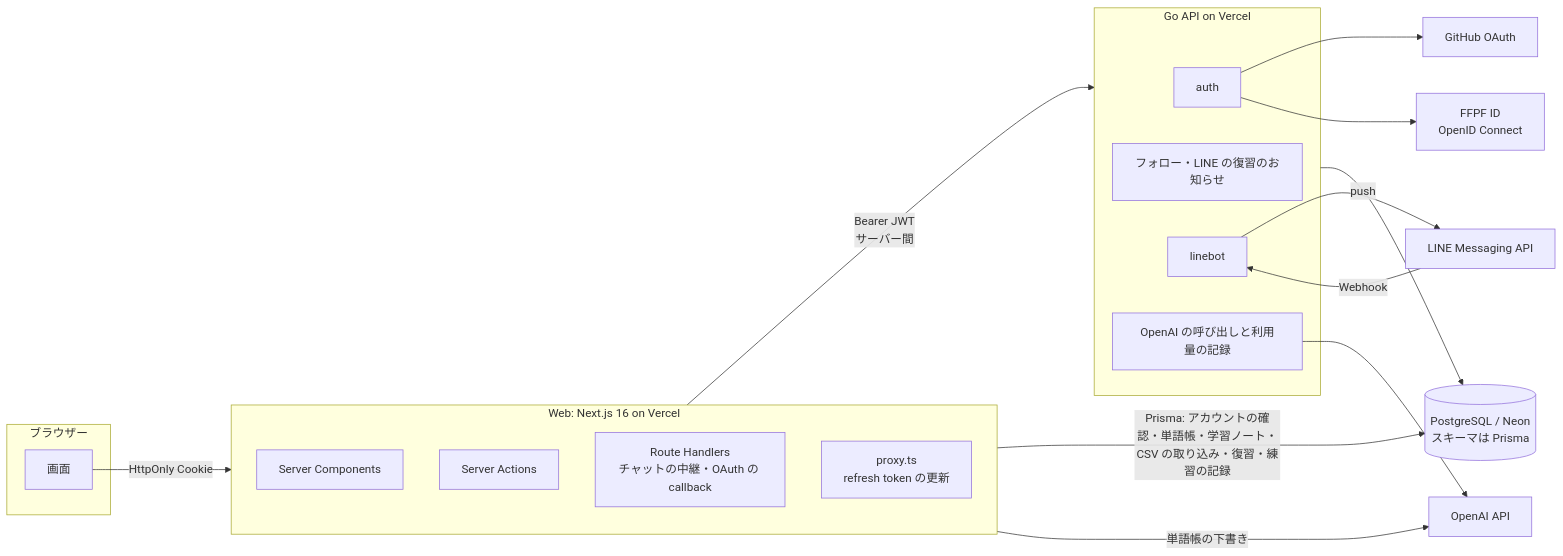
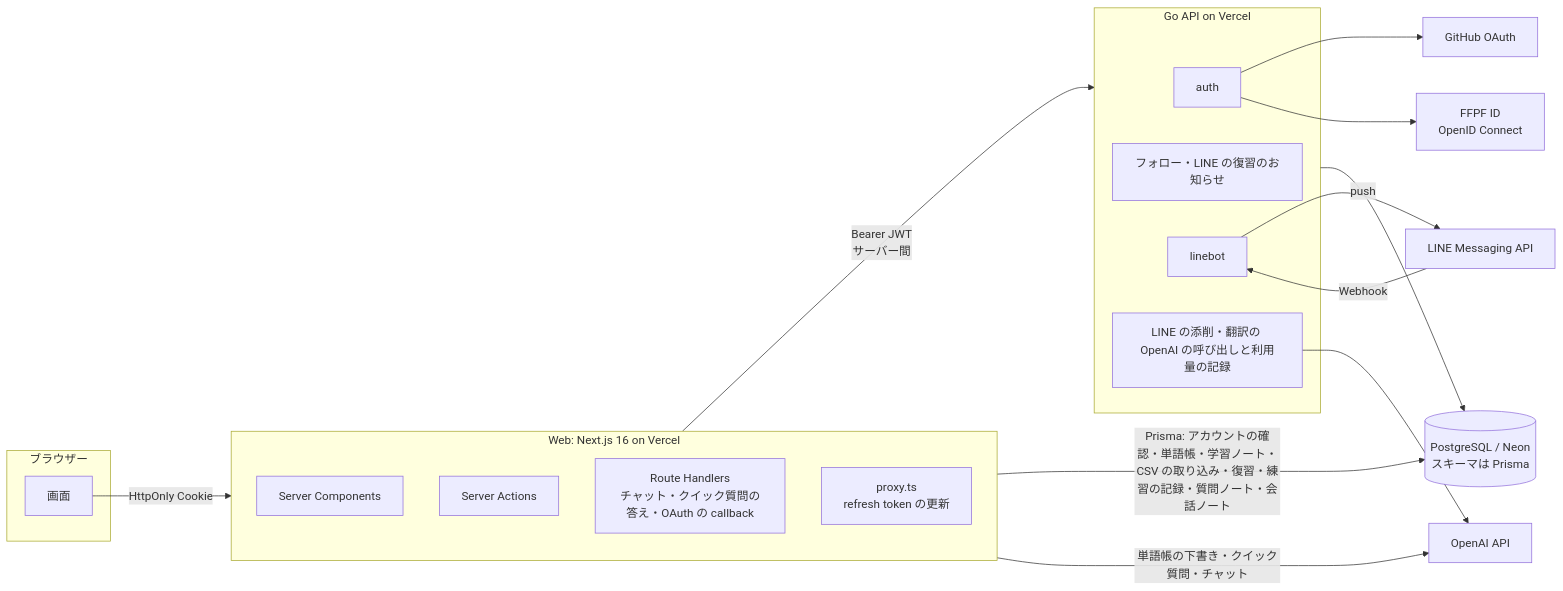
Before and after one commit to Sparklingstadt/ffpf-zhuelog: the first of 2 diagrams in docs/architecture.md, drawn with Mermaid. The commit also changed other lines of this file and 76 other files, not shown here.

````diff
--- a/docs/architecture.md
+++ b/docs/architecture.md
@@ -7,34 +7,34 @@
 ```mermaid
 flowchart LR
   subgraph Browser[ブラウザー]
     UI[画面]
   end
   subgraph Web[Web: Next.js 16 on Vercel]
     RSC[Server Components]
     SA[Server Actions]
-    RH[Route Handlers<br/>チャットの中継・OAuth の callback]
+    RH[Route Handlers<br/>チャット・クイック質問の答え・OAuth の callback]
     PX[proxy.ts<br/>refresh token の更新]
   end
   subgraph API[Go API on Vercel]
     AUTH[auth]
     DATA[フォロー・LINE の復習のお知らせ]
     LINEBOT[linebot]
-    AI[OpenAI の呼び出しと利用量の記録]
+    AI[LINE の添削・翻訳の OpenAI の呼び出しと利用量の記録]
   end
   DB[(PostgreSQL / Neon<br/>スキーマは Prisma)]
   OpenAI[OpenAI API]
   LINE[LINE Messaging API]
   GH[GitHub OAuth]
   FFPF[FFPF ID<br/>OpenID Connect]
 
   UI -->|HttpOnly Cookie| Web
   Web -->|Bearer JWT<br/>サーバー間| API
   API --> DB
-  Web -->|Prisma: アカウントの確認・単語帳・学習ノート・CSV の取り込み・復習・練習の記録| DB
-  Web -->|単語帳の下書き| OpenAI
+  Web -->|Prisma: アカウントの確認・単語帳・学習ノート・CSV の取り込み・復習・練習の記録・質問ノート・会話ノート| DB
+  Web -->|単語帳の下書き・クイック質問・チャット| OpenAI
   AI --> OpenAI
   LINE -->|Webhook| LINEBOT
   LINEBOT -->|push| LINE
   AUTH --> GH
   AUTH --> FFPF
 ```
````
